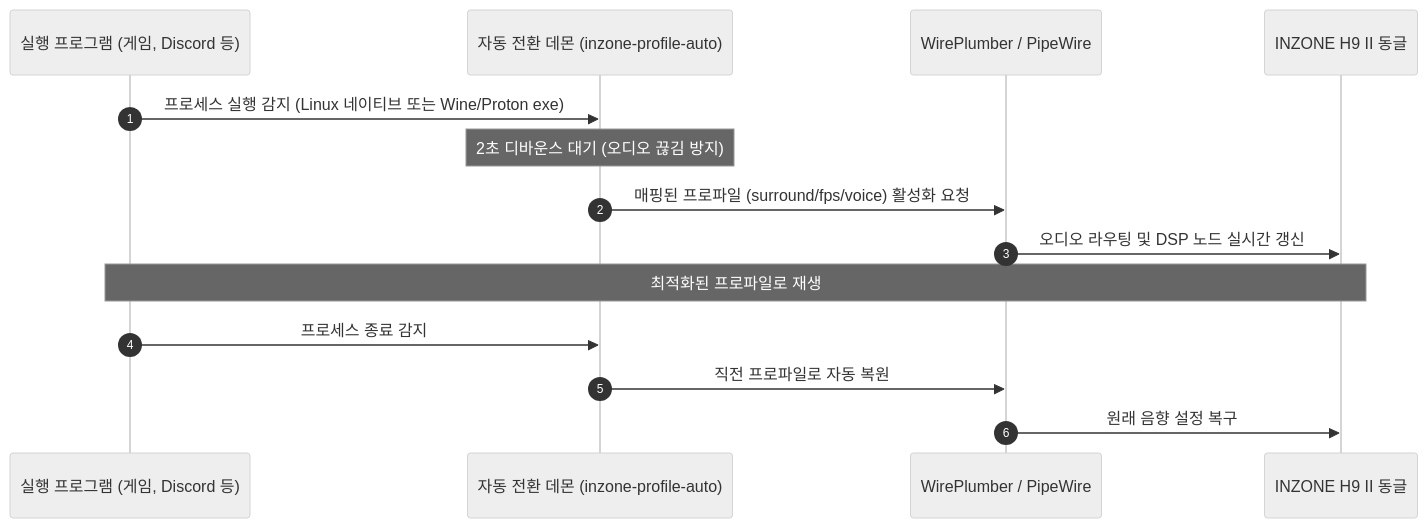
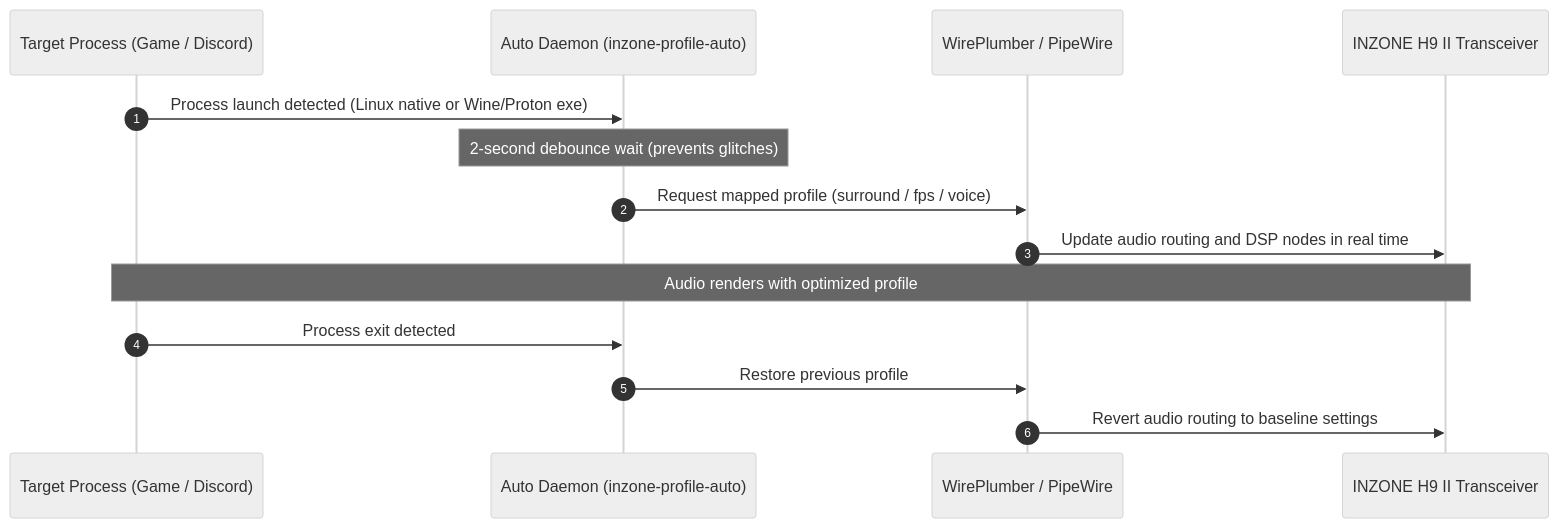
Before and after one commit to zeroday0619/inzone-linux: the first of 2 diagrams in README.md, drawn with Mermaid (neutral theme). The commit also changed other lines of this file and 12 other files, not shown here.

````diff
--- a/README.md
+++ b/README.md
@@ -215,17 +215,17 @@
 ```mermaid
 sequenceDiagram
     autonumber
-    participant App as 실행 프로그램 (게임, Discord 등)
-    participant Daemon as 자동 전환 데몬 (inzone-profile-auto)
+    participant App as Target Process (Game / Discord)
+    participant Daemon as Auto Daemon (inzone-profile-auto)
     participant PipeWire as WirePlumber / PipeWire
-    participant Headset as INZONE H9 II 동글
+    participant Headset as INZONE H9 II Transceiver
 
-    App->>Daemon: 프로세스 실행 감지 (Linux 네이티브 또는 Wine/Proton exe)
-    Note over Daemon: 2초 디바운스 대기 (오디오 끊김 방지)
-    Daemon->>PipeWire: 매핑된 프로파일 (surround/fps/voice) 활성화 요청
-    PipeWire->>Headset: 오디오 라우팅 및 DSP 노드 실시간 갱신
-    Note over App,Headset: 최적화된 프로파일로 재생
-    App->>Daemon: 프로세스 종료 감지
-    Daemon->>PipeWire: 직전 프로파일로 자동 복원
-    PipeWire->>Headset: 원래 음향 설정 복구
+    App->>Daemon: Process launch detected (Linux native or Wine/Proton exe)
+    Note over Daemon: 2-second debounce wait (prevents glitches)
+    Daemon->>PipeWire: Request mapped profile (surround / fps / voice)
+    PipeWire->>Headset: Update audio routing and DSP nodes in real time
+    Note over App,Headset: Audio renders with optimized profile
+    App->>Daemon: Process exit detected
+    Daemon->>PipeWire: Restore previous profile
+    PipeWire->>Headset: Revert audio routing to baseline settings
 ```
````
